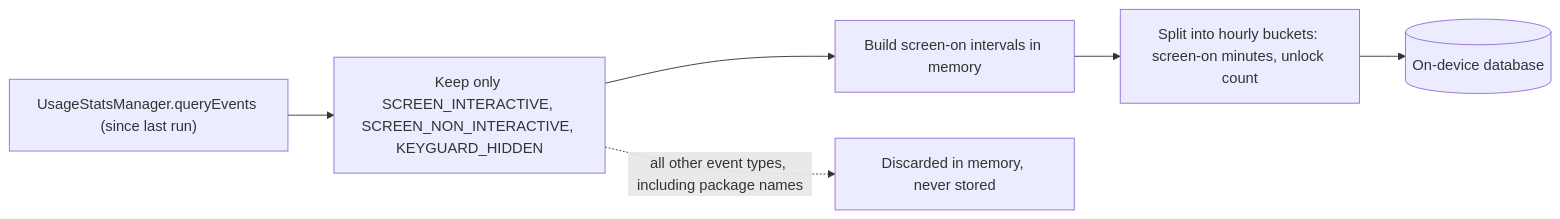
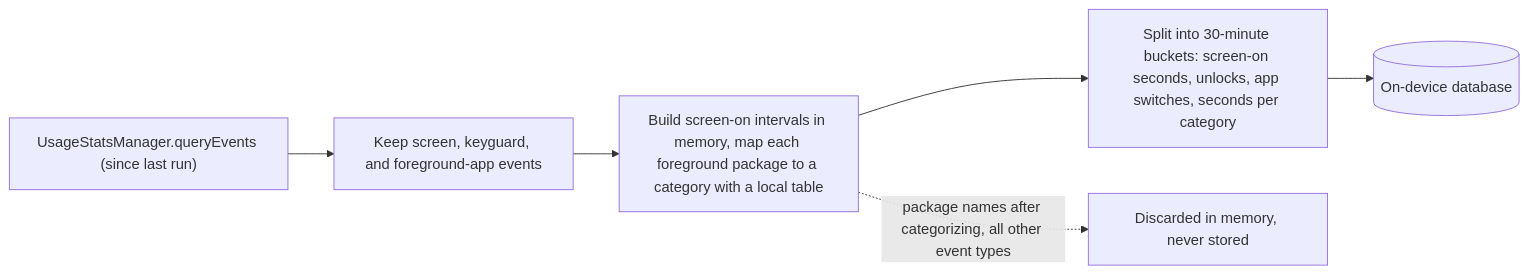
Before and after one commit to CoderPawel/flowwave: the third of 4 diagrams in docs/architecture/data-flow.md, drawn with Mermaid. The commit also changed other lines of this file and 8 other files, not shown here.

Commit message:
Document data model in roadmap, README and AGENTS; run seed and API tests in CI database job

````diff
--- a/docs/architecture/data-flow.md
+++ b/docs/architecture/data-flow.md
@@ -102,8 +102,8 @@
 ```mermaid
 flowchart LR
-    ev["UsageStatsManager.queryEvents (since last run)"] --> filter["Keep only SCREEN_INTERACTIVE, SCREEN_NON_INTERACTIVE, KEYGUARD_HIDDEN"]
-    filter --> intervals["Build screen-on intervals in memory"]
-    intervals --> buckets["Split into hourly buckets: screen-on minutes, unlock count"]
+    ev["UsageStatsManager.queryEvents (since last run)"] --> filter["Keep screen, keyguard, and foreground-app events"]
+    filter --> intervals["Build screen-on intervals in memory, map each foreground package to a category with a local table"]
+    intervals --> buckets["Split into 30-minute buckets: screen-on seconds, unlocks, app switches, seconds per category"]
     buckets --> db[("On-device database")]
-    filter -. "all other event types, including package names" .-> drop["Discarded in memory, never stored"]
+    intervals -. "package names after categorizing, all other event types" .-> drop["Discarded in memory, never stored"]
 ```
````
